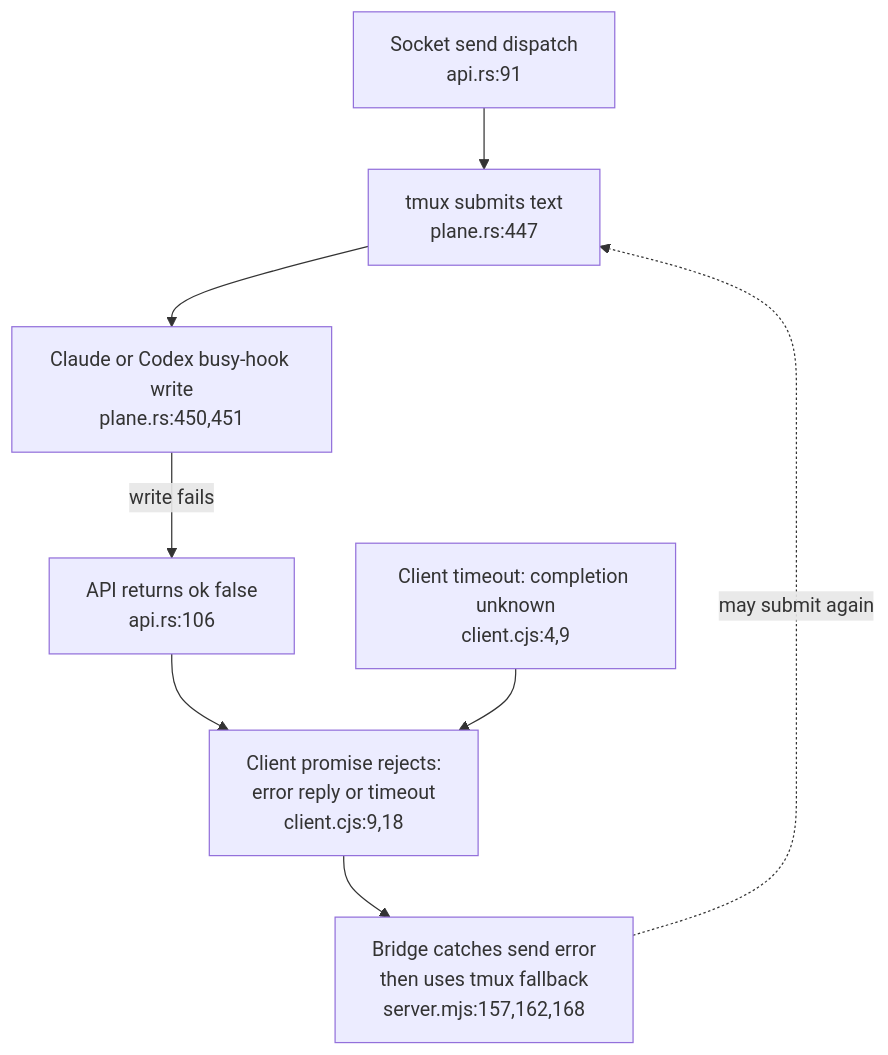
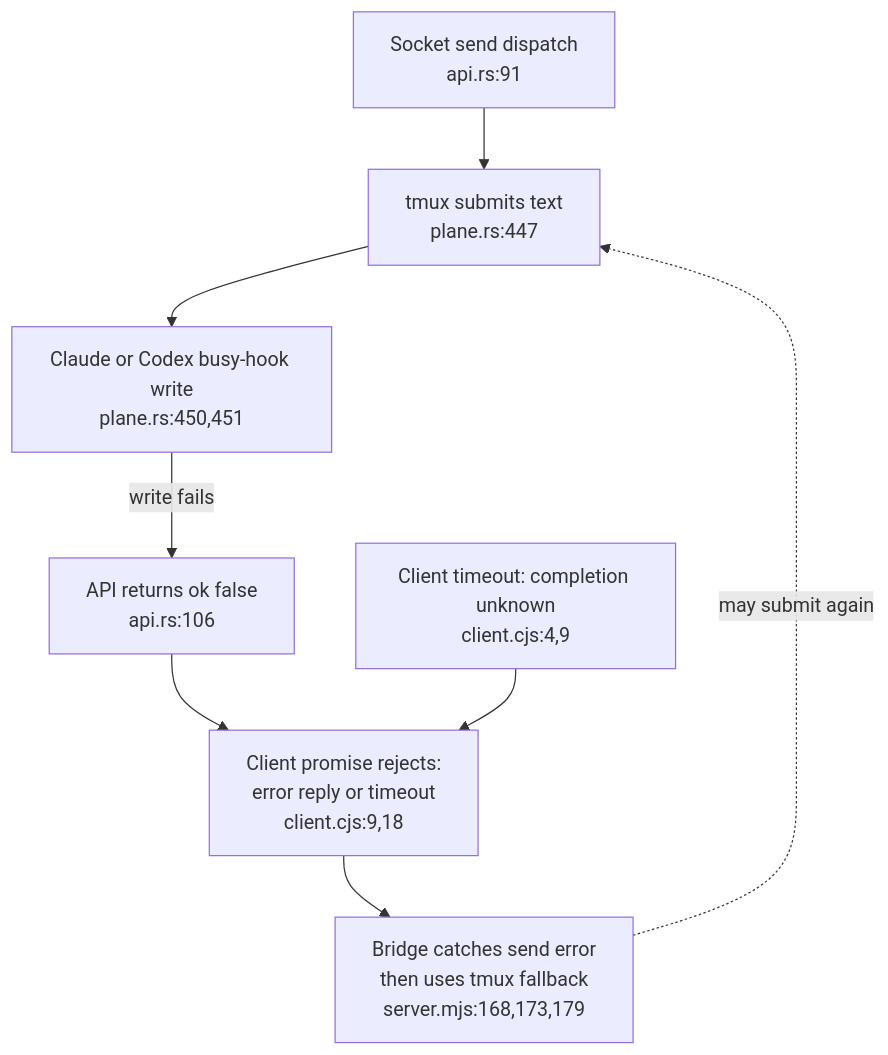
One commit to DreamLab-AI/VisionFlow changed the third of 6 diagrams in docs/diagrams/agentbox/39-session-reconciliation-and-delivery.md. Above: the diagram before and after it, drawn with Mermaid. The commit also changed other lines of this file and 7 other files, not shown here.

First line of the commit message:
diagrams(agentbox): re-verify AB-36..AB-43 at agentbox 59b1aca

````diff
--- a/docs/diagrams/agentbox/39-session-reconciliation-and-delivery.md
+++ b/docs/diagrams/agentbox/39-session-reconciliation-and-delivery.md
@@ -61,10 +61,10 @@
 ```mermaid
 flowchart TD
     REQUEST["Socket send dispatch<br/>api.rs:91"] --> SUBMIT["tmux submits text<br/>plane.rs:447"]
     SUBMIT --> HOOK["Claude or Codex busy-hook write<br/>plane.rs:450,451"]
     HOOK -->|write fails| FAIL["API returns ok false<br/>api.rs:106"]
     FAIL --> CLIENT["Client promise rejects:<br/>error reply or timeout<br/>client.cjs:9,18"]
     TIME["Client timeout: completion unknown<br/>client.cjs:4,9"] --> CLIENT
-    CLIENT --> FALLBACK["Bridge catches send error<br/>then uses tmux fallback<br/>server.mjs:157,162,168"]
+    CLIENT --> FALLBACK["Bridge catches send error<br/>then uses tmux fallback<br/>server.mjs:168,173,179"]
     FALLBACK -.->|may submit again| SUBMIT
 ```
````
